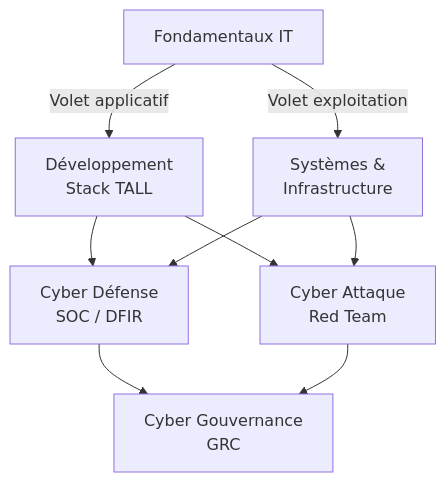
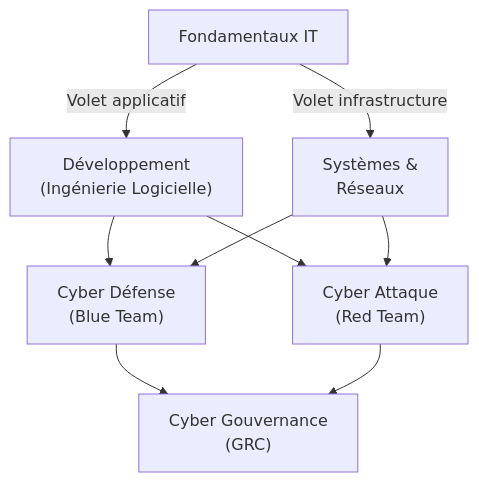
Before and after one commit to zyrass/omnydocs: the diagram in docs/home/introduction.md, drawn with Mermaid. The commit also changed other lines of this file and 1780 other files, not shown here.

````diff
--- a/docs/home/introduction.md
+++ b/docs/home/introduction.md
@@ -85,23 +86,23 @@
 ```mermaid
 flowchart TB
     F[Fondamentaux IT]
 
-    DEV["Développement<br />Stack TALL"]
-    SYS["Systèmes &<br />Infrastructure"]
+    DEV["Développement<br />(Ingénierie Logicielle)"]
+    SYS["Systèmes &<br />Réseaux"]
 
-    BLUE["Cyber Défense<br />SOC / DFIR"]
-    RED["Cyber Attaque<br />Red Team"]
-    GRC["Cyber Gouvernance<br />GRC"]
+    BLUE["Cyber Défense<br />(Blue Team)"]
+    RED["Cyber Attaque<br />(Red Team)"]
+    GRC["Cyber Gouvernance<br />(GRC)"]
 
     F -->|Volet applicatif| DEV
-    F -->|Volet exploitation| SYS
+    F -->|Volet infrastructure| SYS
 
     DEV --> BLUE
     SYS --> BLUE
 
     DEV --> RED
     SYS --> RED
 
     BLUE --> GRC
     RED --> GRC
 ```
````
